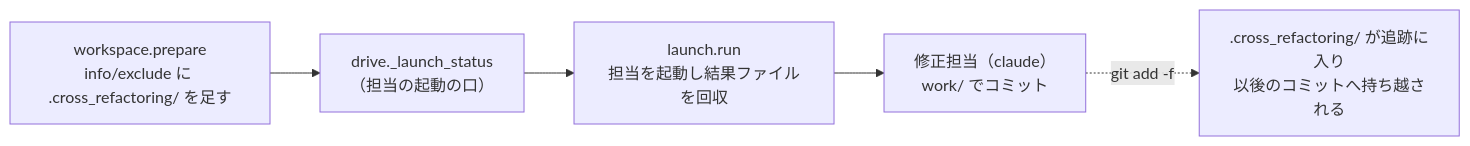
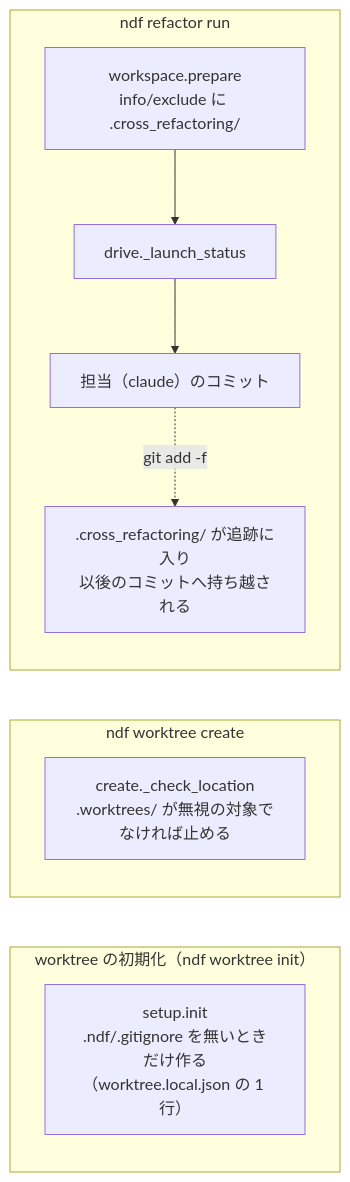
Before and after one commit to devbasex/ai-plugins: the first of 2 diagrams in issues/issue-3500-design.md, drawn with Mermaid. The commit also changed other lines of this file and 2 other files, not shown here.

First line of the commit message:
Docs: #3500 の設計を 2 回目の承認ゲートの回答で直す（.gitignore への登録を worktree の初期化へまとめる）

````diff
--- a/issues/issue-3500-design.md
+++ b/issues/issue-3500-design.md
@@ -9,7 +9,14 @@
 ```mermaid
 flowchart LR
-  P["workspace.prepare<br/>info/exclude に .cross_refactoring/ を足す"] --> D["drive._launch_status<br/>（担当の起動の口）"]
-  D --> L["launch.run<br/>担当を起動し結果ファイルを回収"]
-  L --> F["修正担当（claude）<br/>work/ でコミット"]
-  F -.->|"git add -f"| X[".cross_refactoring/ が追跡に入り<br/>以後のコミットへ持ち越される"]
+  subgraph init["worktree の初期化（ndf worktree init）"]
+    S["setup.init<br/>.ndf/.gitignore を無いときだけ作る<br/>（worktree.local.json の 1 行）"]
+  end
+  subgraph create["ndf worktree create"]
+    C["create._check_location<br/>.worktrees/ が無視の対象でなければ止める"]
+  end
+  subgraph refactor["ndf refactor run"]
+    P["workspace.prepare<br/>info/exclude に .cross_refactoring/"] --> D["drive._launch_status"]
+    D --> F["担当（claude）のコミット"]
+    F -.->|"git add -f"| X[".cross_refactoring/ が追跡に入り<br/>以後のコミットへ持ち越される"]
+  end
 ```
````
